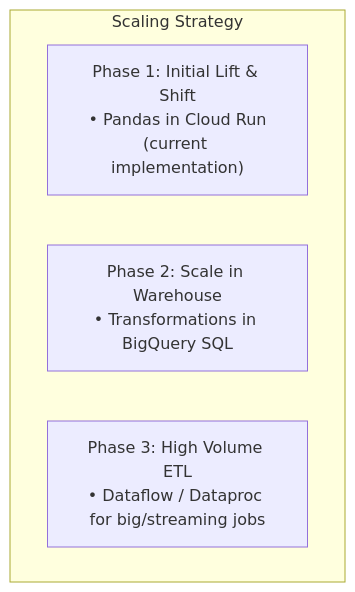
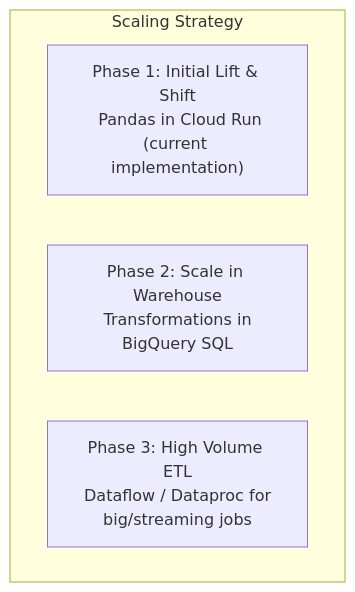
The diagram in scaling_strategy.md (arthurlouieferrari-dot/supermarket-etl-gcp), drawn with Mermaid before and after one commit.

````diff
--- a/scaling_strategy.md
+++ b/scaling_strategy.md
@@ -1,8 +1,8 @@
 ```mermaid
 flowchart TB
     subgraph Scale [Scaling Strategy]
-        A["Phase 1: Initial Lift & Shift<br/>• Pandas in Cloud Run<br/>(current implementation)"]
-        B["Phase 2: Scale in Warehouse<br/>• Transformations in BigQuery SQL"]
-        C["Phase 3: High Volume ETL<br/>• Dataflow / Dataproc for big/streaming jobs"]
+        A["Phase 1: Initial Lift & Shift<br/> Pandas in Cloud Run<br/>(current implementation)"]
+        B["Phase 2: Scale in Warehouse<br/> Transformations in BigQuery SQL"]
+        C["Phase 3: High Volume ETL<br/> Dataflow / Dataproc for big/streaming jobs"]
     end
 ```
````
